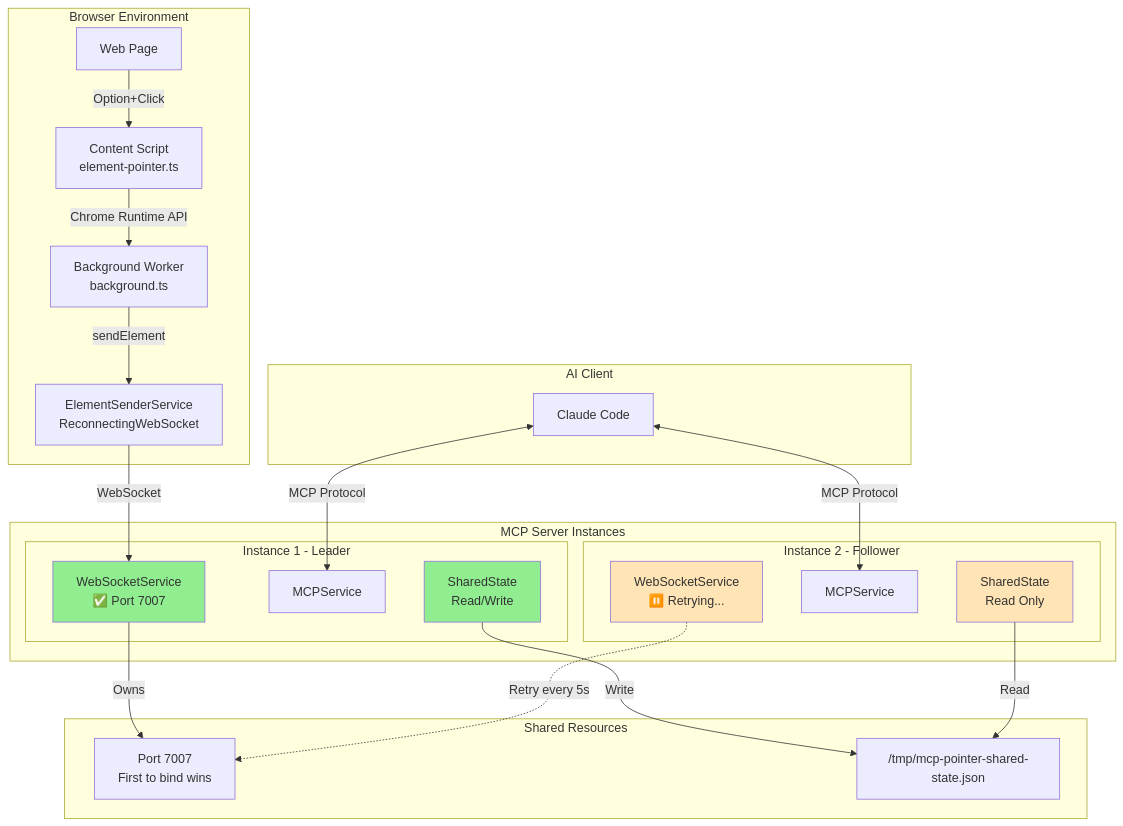
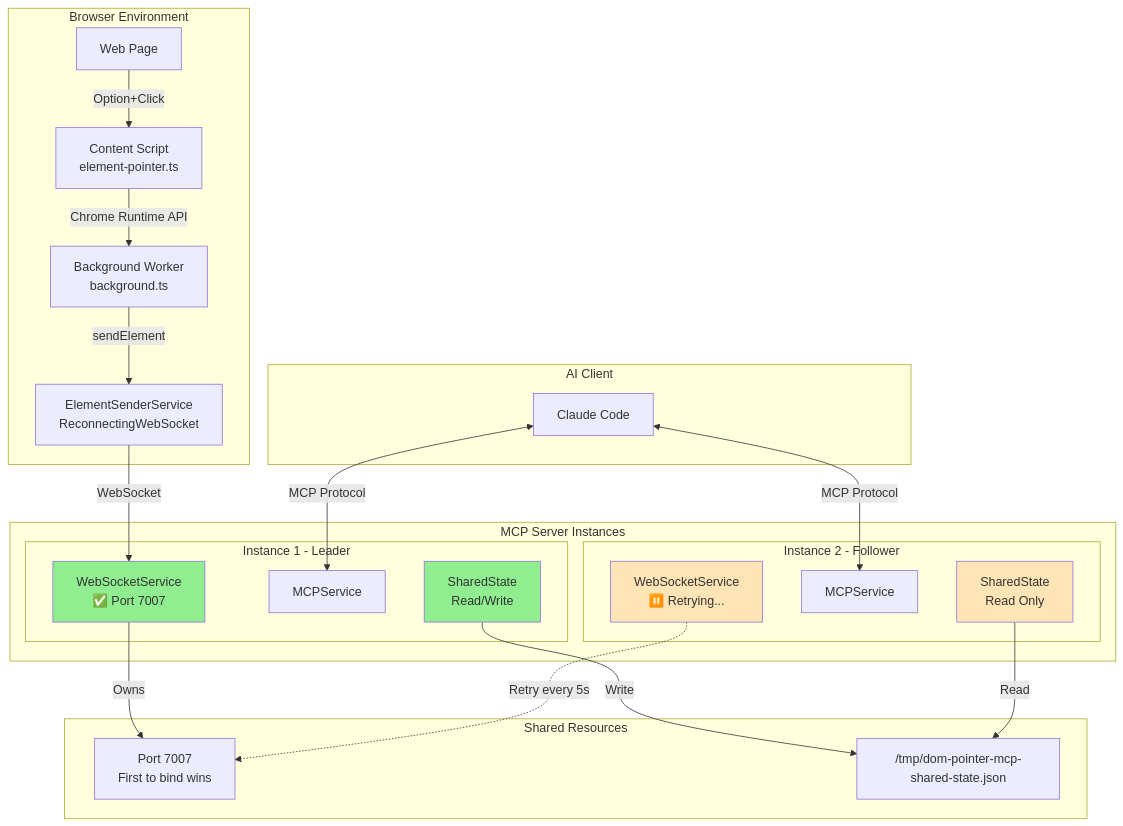
The first of 2 diagrams in CONTRIBUTING.md (ymxfl/dom-pointer-mcp), drawn with Mermaid before and after one commit. The commit also changed other lines of this file and 96 other files, not shown here.

First line of the commit message:
chore!: rebrand mcp-pointer -> dom-pointer-mcp

````diff
--- a/CONTRIBUTING.md
+++ b/CONTRIBUTING.md
@@ -166,49 +166,49 @@
 ```mermaid
 graph TB
     subgraph "Browser Environment"
         WEB[Web Page]
         CS[Content Script<br/>element-pointer.ts]
         BG[Background Worker<br/>background.ts]
         ES[ElementSenderService<br/>ReconnectingWebSocket]
         WEB -->|Option+Click| CS
         CS -->|Chrome Runtime API| BG
         BG -->|sendElement| ES
     end
 
     subgraph "MCP Server Instances"
         subgraph "Instance 1 - Leader"
             WS1[WebSocketService<br/>✅ Port 7007]
             MCP1[MCPService]
             SS1[SharedState<br/>Read/Write]
         end
         
         subgraph "Instance 2 - Follower"
             WS2[WebSocketService<br/>⏸️ Retrying...]
             MCP2[MCPService]
             SS2[SharedState<br/>Read Only]
         end
     end
 
     subgraph "Shared Resources"
         PORT[Port 7007<br/>First to bind wins]
-        FS["/tmp/mcp-pointer-shared-state.json"]
+        FS["/tmp/dom-pointer-mcp-shared-state.json"]
     end
 
     subgraph "AI Client"
         CC[Claude Code]
     end
 
     ES -->|WebSocket| WS1
     WS1 -->|Owns| PORT
     WS2 -.->|Retry every 5s| PORT
     SS1 -->|Write| FS
     SS2 -->|Read| FS
     CC <-->|MCP Protocol| MCP1
     CC <-->|MCP Protocol| MCP2
 
     classDef leader fill:#90EE90
     classDef follower fill:#FFE4B5
     
     class WS1,SS1 leader
     class WS2,SS2 follower
 ```
````
